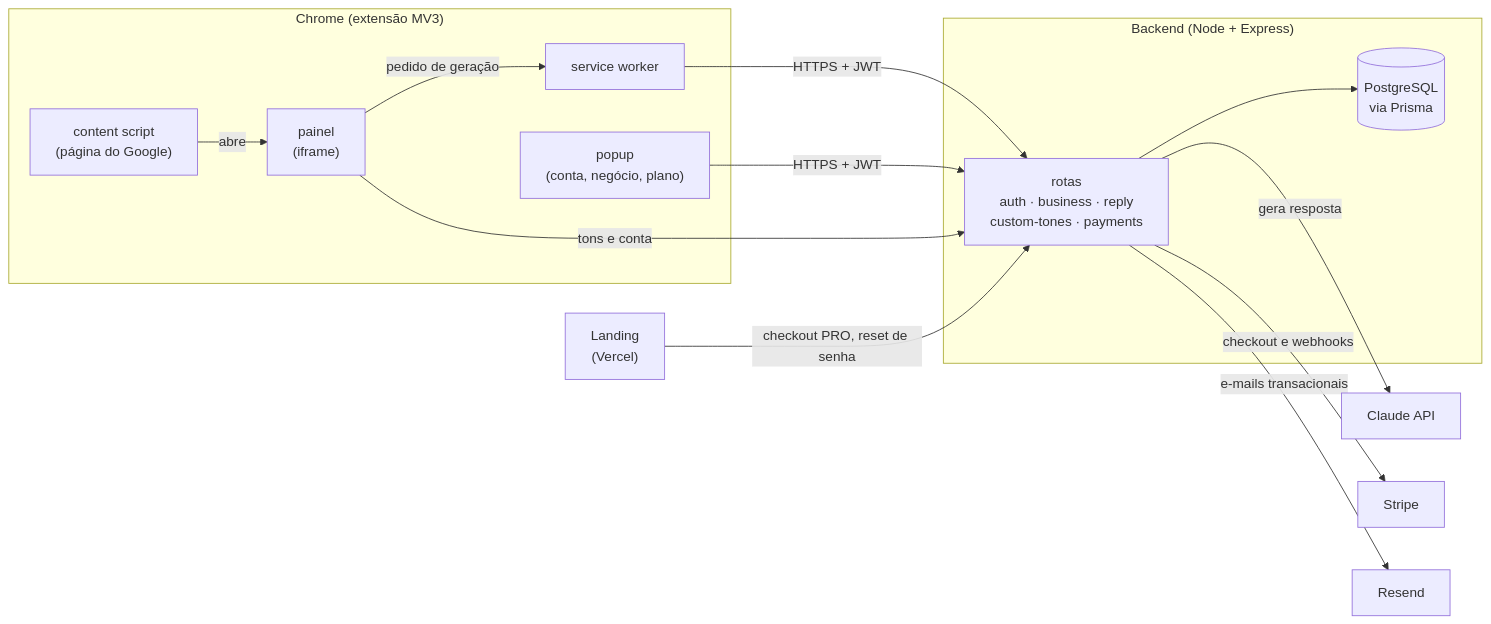
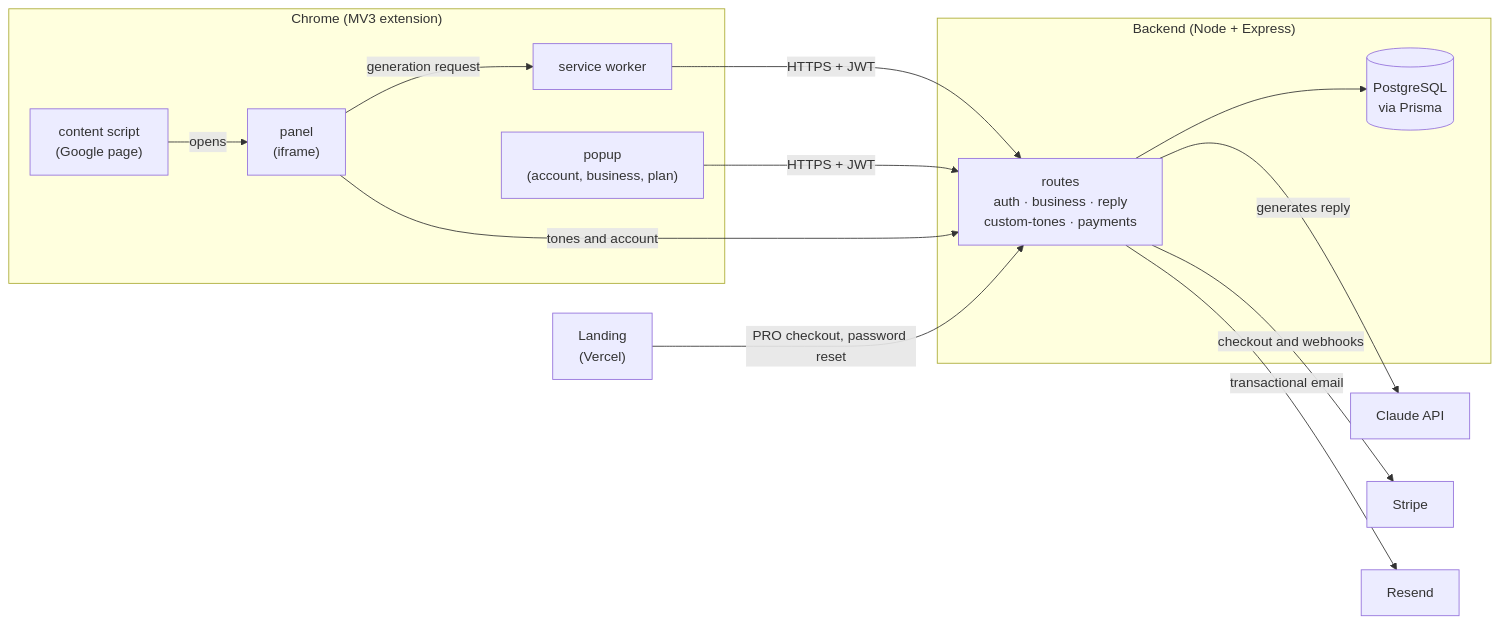
Before and after one commit to giobroliatto/respondera: the diagram in README.md, drawn with Mermaid. The commit also changed other lines of this file and 2 other files, not shown here.

````diff
--- a/README.md
+++ b/README.md
@@ -78,27 +80,27 @@
 ```mermaid
 flowchart LR
-    subgraph Chrome["Chrome (extensão MV3)"]
-        CS["content script<br/>(página do Google)"]
-        PN["painel<br/>(iframe)"]
-        PP["popup<br/>(conta, negócio, plano)"]
+    subgraph Chrome["Chrome (MV3 extension)"]
+        CS["content script<br/>(Google page)"]
+        PN["panel<br/>(iframe)"]
+        PP["popup<br/>(account, business, plan)"]
         BG["service worker"]
     end
 
     subgraph API["Backend (Node + Express)"]
-        R["rotas<br/>auth · business · reply<br/>custom-tones · payments"]
+        R["routes<br/>auth · business · reply<br/>custom-tones · payments"]
         DB[(PostgreSQL<br/>via Prisma)]
     end
 
     LP["Landing<br/>(Vercel)"]
 
-    CS -- abre --> PN
-    PN -- "pedido de geração" --> BG
+    CS -- opens --> PN
+    PN -- "generation request" --> BG
     BG -- "HTTPS + JWT" --> R
     PP -- "HTTPS + JWT" --> R
-    PN -- "tons e conta" --> R
+    PN -- "tones and account" --> R
     R --> DB
-    R -- gera resposta --> CL["Claude API"]
-    R -- checkout e webhooks --> ST["Stripe"]
-    R -- e-mails transacionais --> RS["Resend"]
-    LP -- "checkout PRO, reset de senha" --> R
+    R -- generates reply --> CL["Claude API"]
+    R -- checkout and webhooks --> ST["Stripe"]
+    R -- transactional email --> RS["Resend"]
+    LP -- "PRO checkout, password reset" --> R
 ```
````
